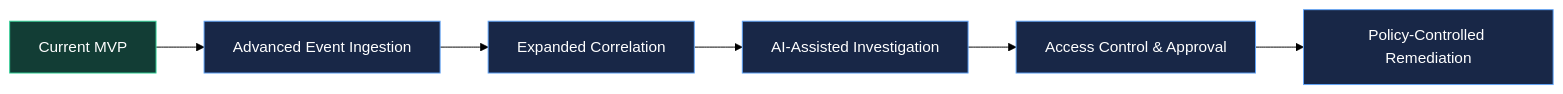
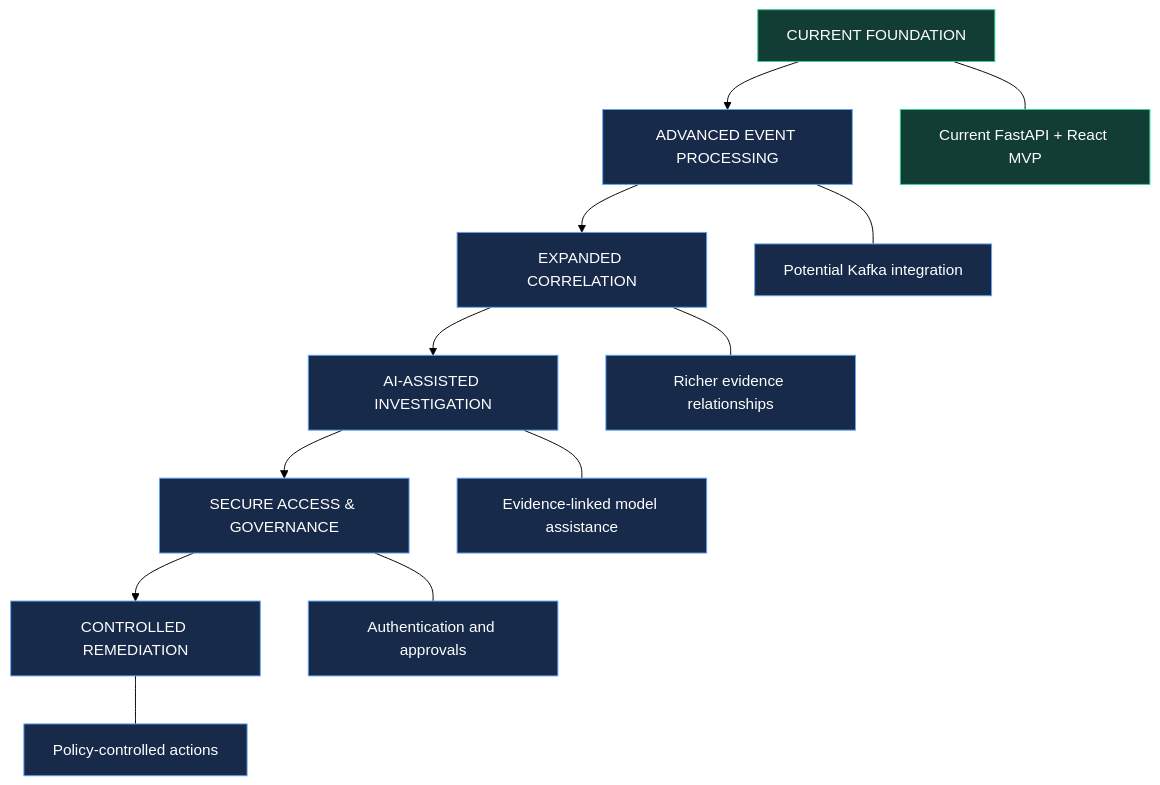
One commit to akankshad1712/opspilot-ai changed the eighth of 8 diagrams in README.md. Above: the diagram before and after it, drawn with Mermaid (forest theme). The commit also changed other lines of this file, not shown here.

````diff
--- a/README.md
+++ b/README.md
@@ -569,14 +805,21 @@
 ```mermaid
-flowchart LR
-    A["Current MVP"] --> B["Advanced Event Ingestion"]
-    B --> C["Expanded Correlation"]
-    C --> D["AI-Assisted Investigation"]
-    D --> E["Access Control & Approval"]
-    E --> F["Policy-Controlled Remediation"]
+flowchart TD
+    A["CURRENT FOUNDATION"] --> B["ADVANCED EVENT PROCESSING"]
+    B --> C["EXPANDED CORRELATION"]
+    C --> D["AI-ASSISTED INVESTIGATION"]
+    D --> E["SECURE ACCESS & GOVERNANCE"]
+    E --> F["CONTROLLED REMEDIATION"]
 
-    classDef current fill:#123D35,stroke:#34D399,color:#fff
-    classDef future fill:#182747,stroke:#60A5FA,color:#fff
+    A --- A1["Current FastAPI + React MVP"]
+    B --- B1["Potential Kafka integration"]
+    C --- C1["Richer evidence relationships"]
+    D --- D1["Evidence-linked model assistance"]
+    E --- E1["Authentication and approvals"]
+    F --- F1["Policy-controlled actions"]
 
-    class A current
-    class B,C,D,E,F future
+    classDef current fill:#123D35,stroke:#34D399,color:#FFFFFF
+    classDef future fill:#172A49,stroke:#60A5FA,color:#FFFFFF
+
+    class A,A1 current
+    class B,B1,C,C1,D,D1,E,E1,F,F1 future
 ```
````
